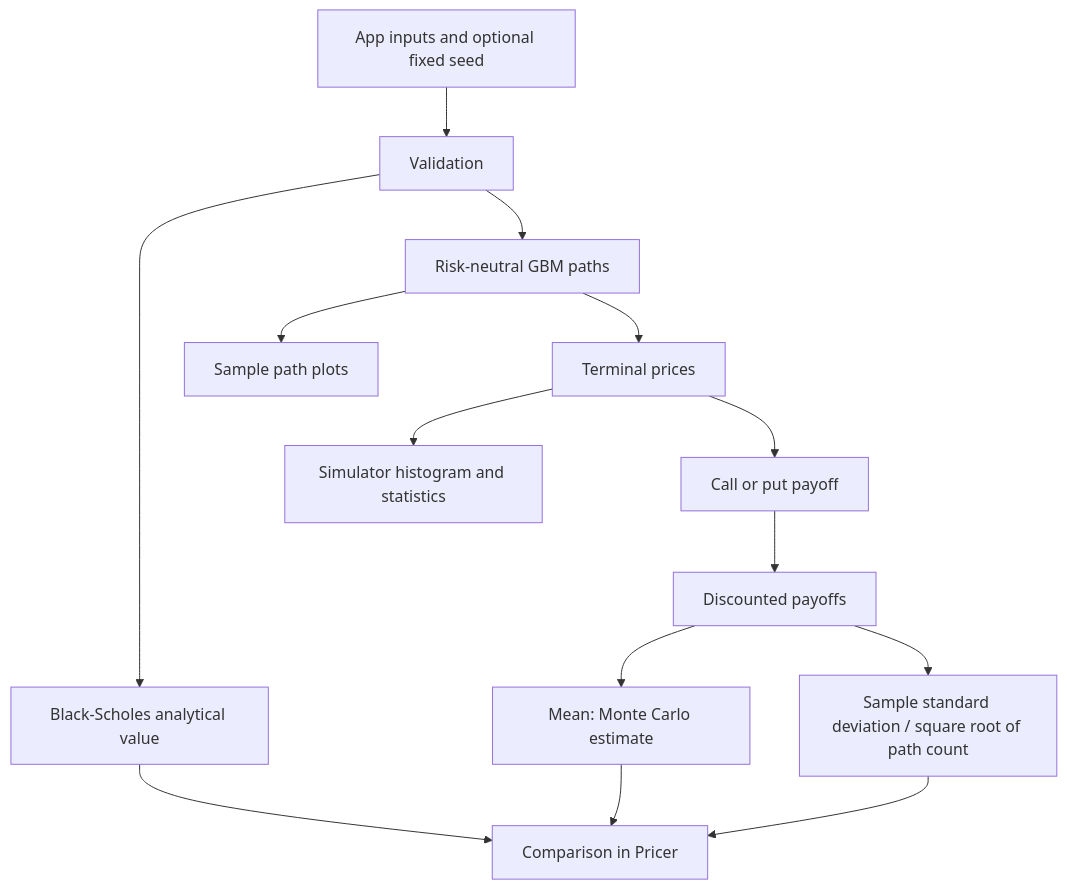
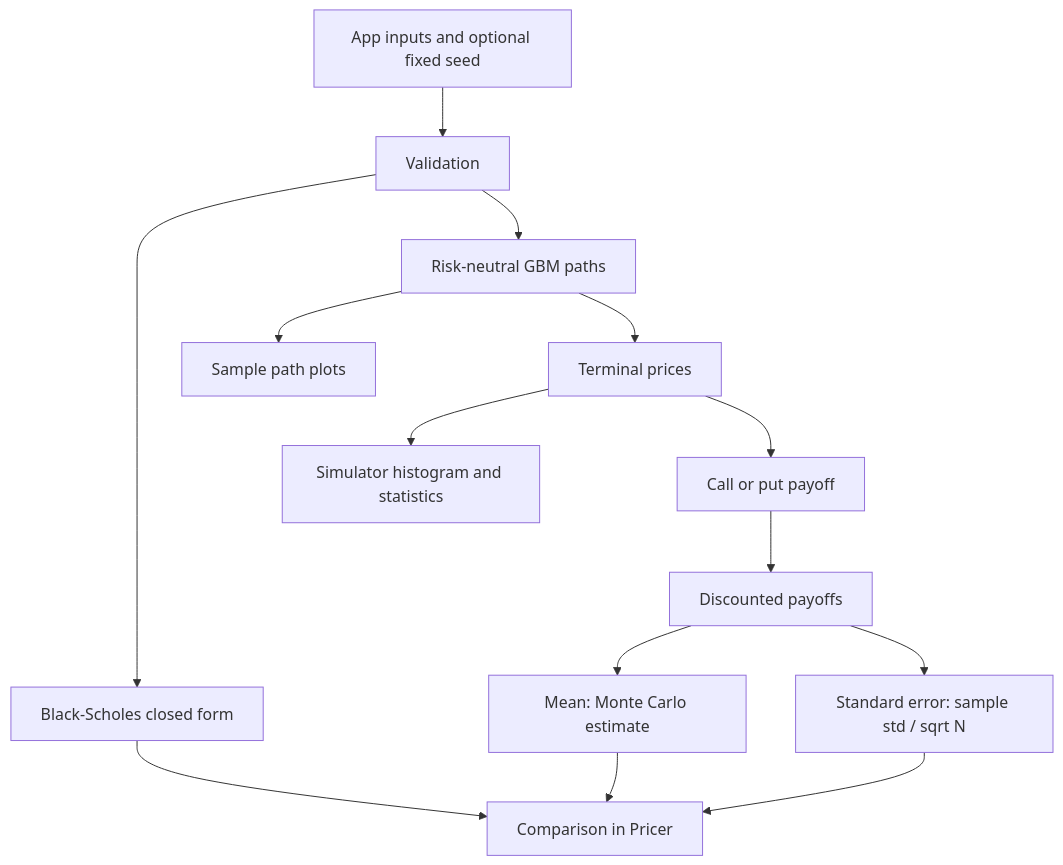
One commit to diegomadriz/matlab-option-pricer changed the diagram in README.md. Above: the diagram before and after it, drawn with Mermaid. The commit also changed other lines of this file and 7 other files, not shown here.

````diff
--- a/README.md
+++ b/README.md
@@ -32,16 +38,16 @@
 ```mermaid
 flowchart TD
     U[App inputs and optional fixed seed] --> V[Validation]
-    V --> B[Black-Scholes analytical value]
+    V --> B[Black-Scholes closed form]
     V --> G[Risk-neutral GBM paths]
     G --> T[Terminal prices]
     T --> P[Call or put payoff]
     P --> D[Discounted payoffs]
     D --> M[Mean: Monte Carlo estimate]
-    D --> E[Sample standard deviation / square root of path count]
+    D --> E[Standard error: sample std / sqrt N]
     B --> C[Comparison in Pricer]
     M --> C
     E --> C
     G --> F[Sample path plots]
     T --> S[Simulator histogram and statistics]
 ```
````
